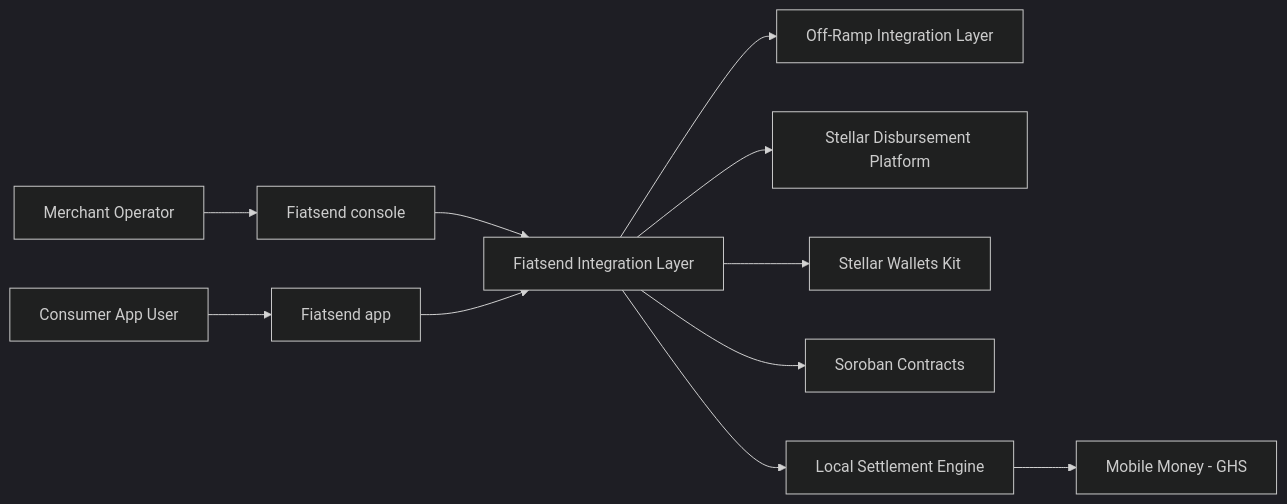
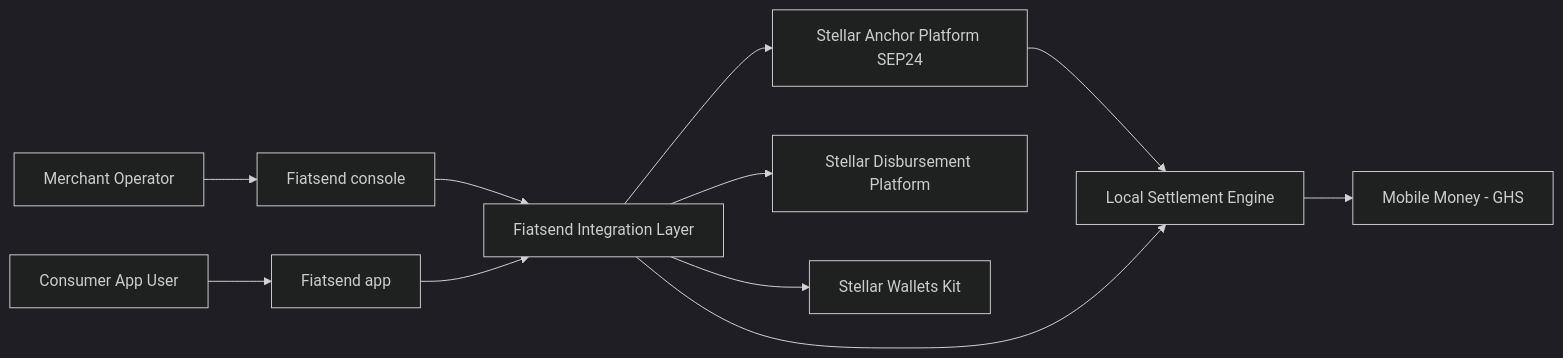
The first of 15 diagrams in Fiatsend-Technical-Architecture-SCF43-Integration.md (fiatsend/techical-achitecture), drawn with Mermaid (dark theme) before and after one commit. The commit also changed other lines of this file, not shown here.

First line of the commit message:
Revise Fiatsend architecture for SEP-24 integration

````diff
--- a/Fiatsend-Technical-Architecture-SCF43-Integration.md
+++ b/Fiatsend-Technical-Architecture-SCF43-Integration.md
@@ -67,13 +106,13 @@
 ```mermaid
 flowchart LR
     Merchant[Merchant Operator] --> Console[Fiatsend console]
     Consumer[Consumer App User] --> Main[Fiatsend app]
     Console --> Integration[Fiatsend Integration Layer]
     Main --> Integration
-    Integration --> OffRamp[Off-Ramp Integration Layer]
+    Integration --> AP[Stellar Anchor Platform SEP24]
     Integration --> SDP[Stellar Disbursement Platform]
     Integration --> WK[Stellar Wallets Kit]
-    Integration --> Soroban[Soroban Contracts]
-    Integration --> Settlement[Local Settlement Engine]
+    AP --> Settlement[Local Settlement Engine]
+    Integration --> Settlement
     Settlement --> Ghana[Mobile Money - GHS]
 ```
````
